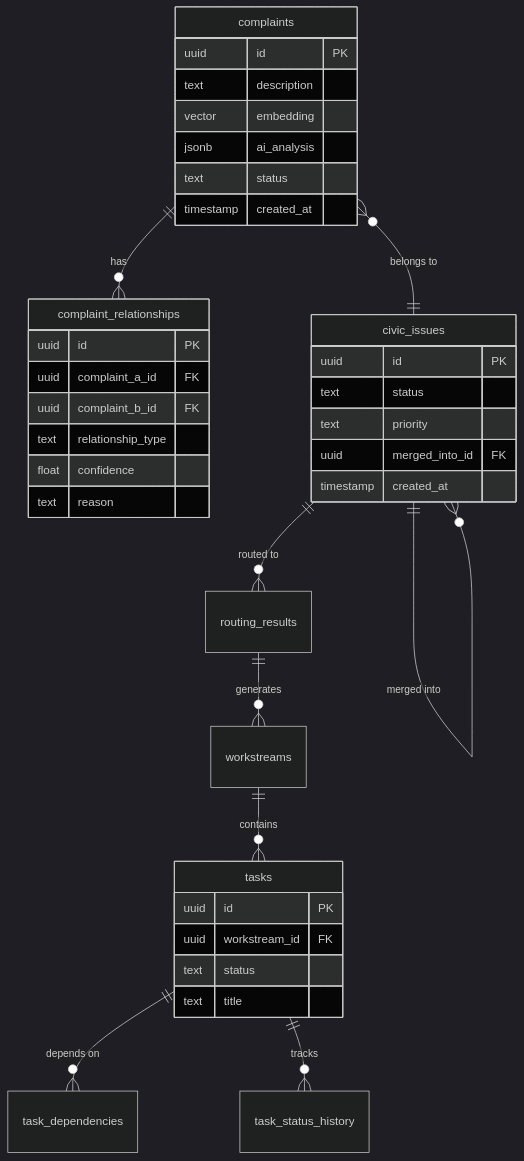
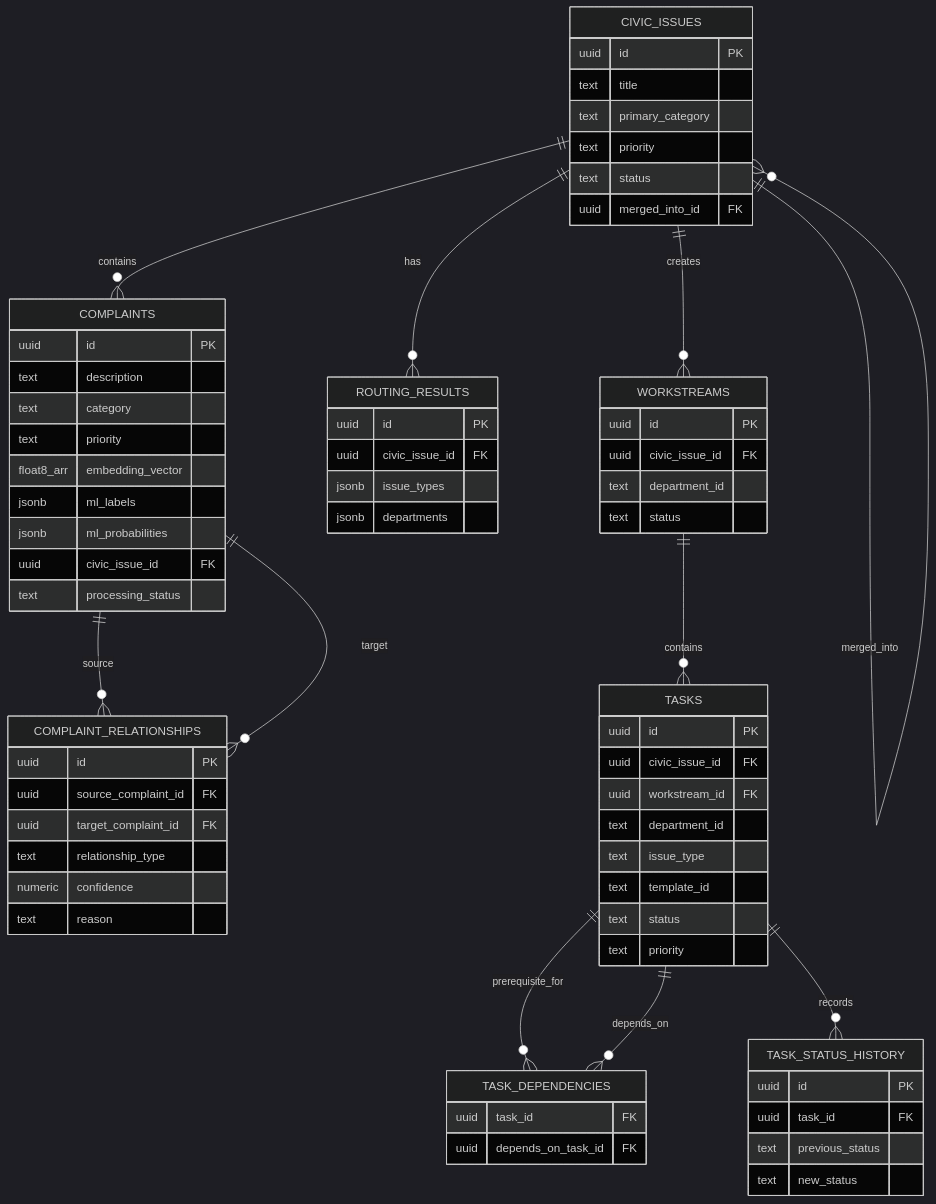
The seventh of 7 diagrams in README.md (Vishh70/grievanceiq), drawn with Mermaid (dark theme) before and after one commit. The commit also changed other lines of this file and 1 other file, not shown here.

Commit message:
docs: complete GitHub-style README architecture refactor with badges, diagrams, and visual polish

````diff
--- a/README.md
+++ b/README.md
@@ -594,44 +750,86 @@
 ```mermaid
 erDiagram
-    complaints ||--o{ complaint_relationships : "has"
-    complaints }o--|| civic_issues : "belongs to"
-    civic_issues ||--o{ routing_results : "routed to"
-    routing_results ||--o{ workstreams : "generates"
-    workstreams ||--o{ tasks : "contains"
-    tasks ||--o{ task_dependencies : "depends on"
-    tasks ||--o{ task_status_history : "tracks"
-    civic_issues ||--o{ civic_issues : "merged into"
 
-    complaints {
+    COMPLAINTS ||--o{ COMPLAINT_RELATIONSHIPS : source
+    COMPLAINTS ||--o{ COMPLAINT_RELATIONSHIPS : target
+
+    CIVIC_ISSUES ||--o{ COMPLAINTS : contains
+    CIVIC_ISSUES ||--o{ ROUTING_RESULTS : has
+    CIVIC_ISSUES ||--o{ WORKSTREAMS : creates
+
+    WORKSTREAMS ||--o{ TASKS : contains
+
+    TASKS ||--o{ TASK_DEPENDENCIES : prerequisite_for
+    TASKS ||--o{ TASK_DEPENDENCIES : depends_on
+
+    TASKS ||--o{ TASK_STATUS_HISTORY : records
+
+    CIVIC_ISSUES ||--o{ CIVIC_ISSUES : merged_into
+
+    COMPLAINTS {
         uuid id PK
         text description
-        vector embedding
-        jsonb ai_analysis
-        text status
-        timestamp created_at
+        text category
+        text priority
+        float8_arr embedding_vector
+        jsonb ml_labels
+        jsonb ml_probabilities
+        uuid civic_issue_id FK
+        text processing_status
     }
 
-    complaint_relationships {
+    COMPLAINT_RELATIONSHIPS {
         uuid id PK
-        uuid complaint_a_id FK
-        uuid complaint_b_id FK
+        uuid source_complaint_id FK
+        uuid target_complaint_id FK
         text relationship_type
-        float confidence
+        numeric confidence
         text reason
     }
 
-    civic_issues {
+    CIVIC_ISSUES {
         uuid id PK
+        text title
+        text primary_category
+        text priority
+        text status
+        uuid merged_into_id FK
+    }
+
+    ROUTING_RESULTS {
+        uuid id PK
+        uuid civic_issue_id FK
+        jsonb issue_types
+        jsonb departments
+    }
+
+    WORKSTREAMS {
+        uuid id PK
+        uuid civic_issue_id FK
+        text department_id
+        text status
+    }
+
+    TASKS {
+        uuid id PK
+        uuid civic_issue_id FK
+        uuid workstream_id FK
+        text department_id
+        text issue_type
+        text template_id
         text status
         text priority
-        uuid merged_into_id FK
-        timestamp created_at
     }
 
-    tasks {
+    TASK_DEPENDENCIES {
+        uuid task_id FK
+        uuid depends_on_task_id FK
+    }
+
+    TASK_STATUS_HISTORY {
         uuid id PK
-        uuid workstream_id FK
-        text status
-        text title
+        uuid task_id FK
+        text previous_status
+        text new_status
     }
 ```
````
